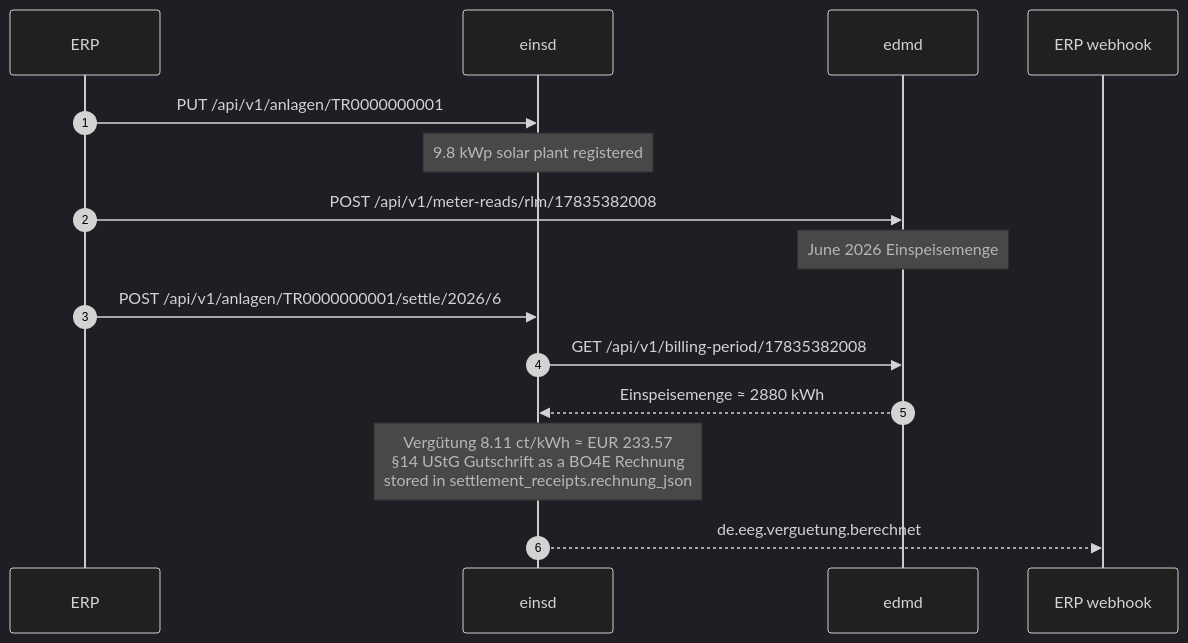
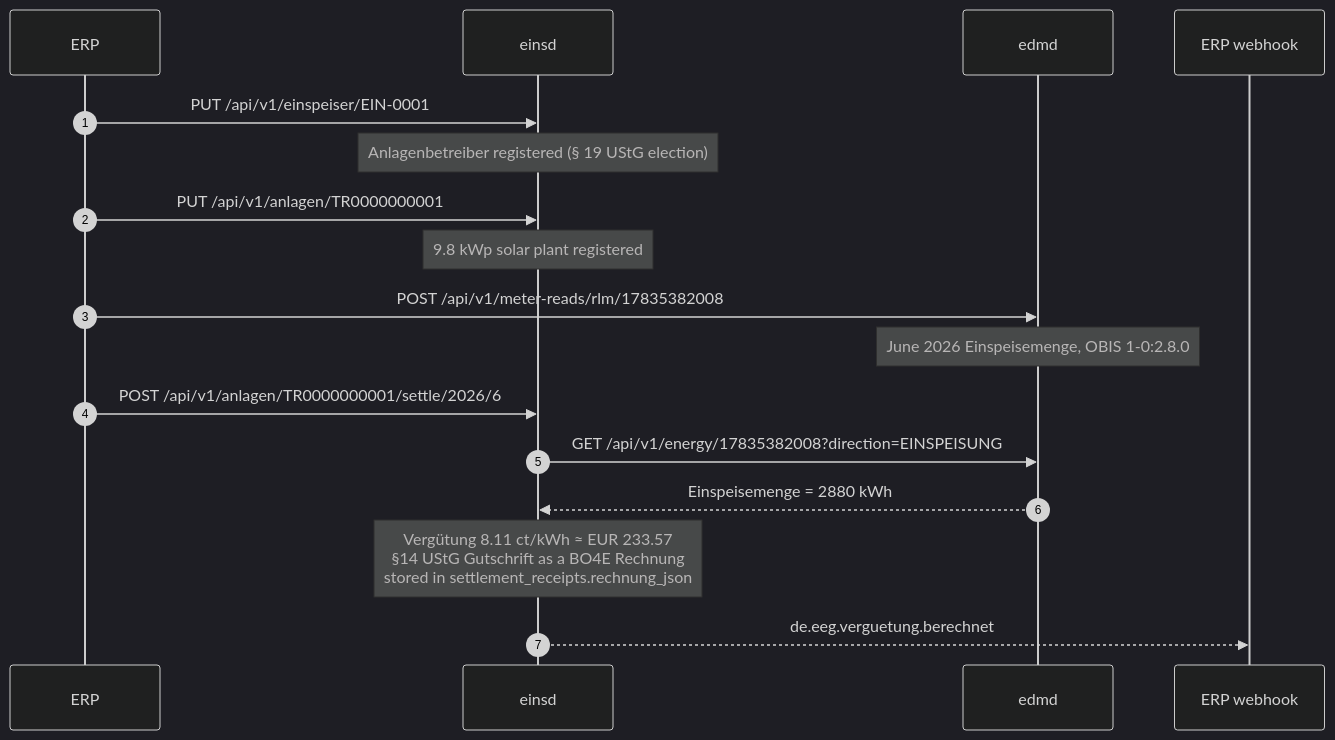
One commit to hupe1980/mako changed the diagram in demos/eeg-billing/README.md. Above: the diagram before and after it, drawn with Mermaid (dark theme). The commit also changed other lines of this file and 490 other files, not shown here.

````diff
--- a/demos/eeg-billing/README.md
+++ b/demos/eeg-billing/README.md
@@ -17,18 +17,20 @@
 ```mermaid
 sequenceDiagram
     autonumber
     participant ERP
     participant einsd
     participant edmd
     participant hook as ERP webhook
 
+    ERP->>einsd: PUT /api/v1/einspeiser/EIN-0001
+    Note over einsd: Anlagenbetreiber registered (§ 19 UStG election)
     ERP->>einsd: PUT /api/v1/anlagen/TR0000000001
     Note over einsd: 9.8 kWp solar plant registered
     ERP->>edmd: POST /api/v1/meter-reads/rlm/17835382008
-    Note over edmd: June 2026 Einspeisemenge
+    Note over edmd: June 2026 Einspeisemenge, OBIS 1-0:2.8.0
     ERP->>einsd: POST /api/v1/anlagen/TR0000000001/settle/2026/6
-    einsd->>edmd: GET /api/v1/billing-period/17835382008
-    edmd-->>einsd: Einspeisemenge ≈ 2880 kWh
+    einsd->>edmd: GET /api/v1/energy/17835382008?direction=EINSPEISUNG
+    edmd-->>einsd: Einspeisemenge = 2880 kWh
     Note over einsd: Vergütung 8.11 ct/kWh ≈ EUR 233.57<br/>§14 UStG Gutschrift as a BO4E Rechnung<br/>stored in settlement_receipts.rechnung_json
     einsd-->>hook: de.eeg.verguetung.berechnet
 ```
````
